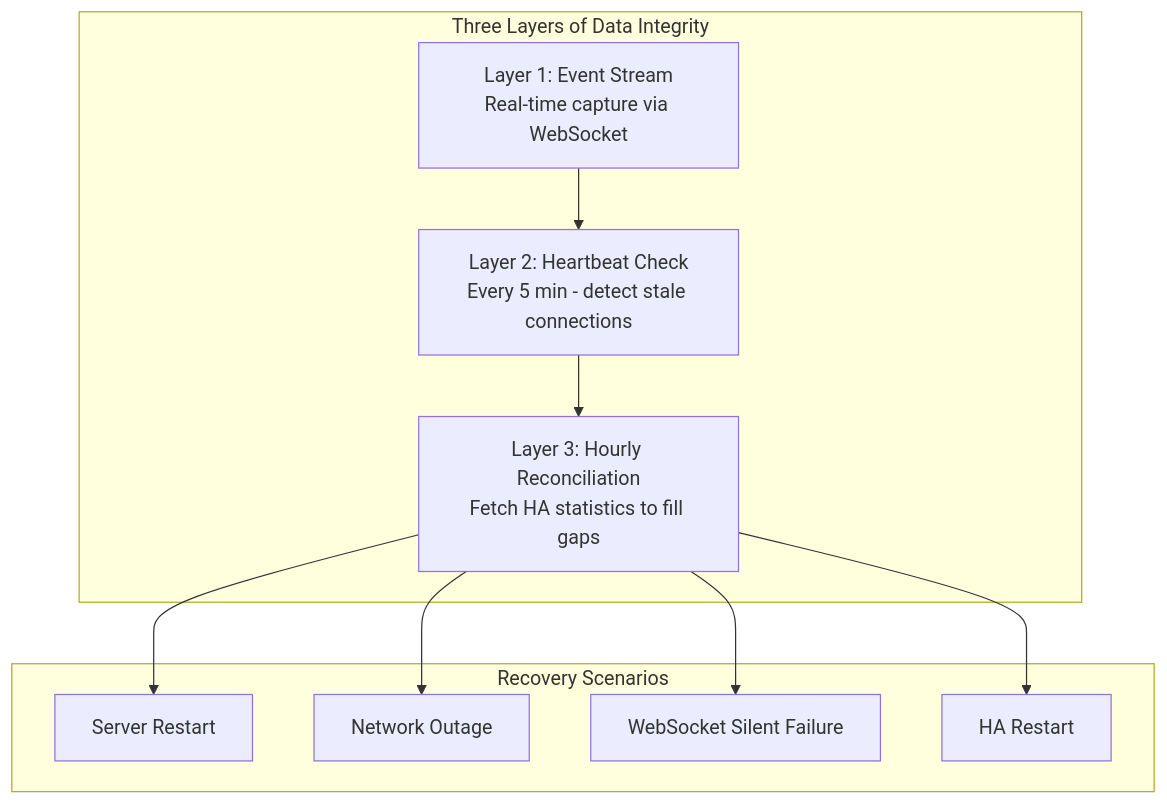
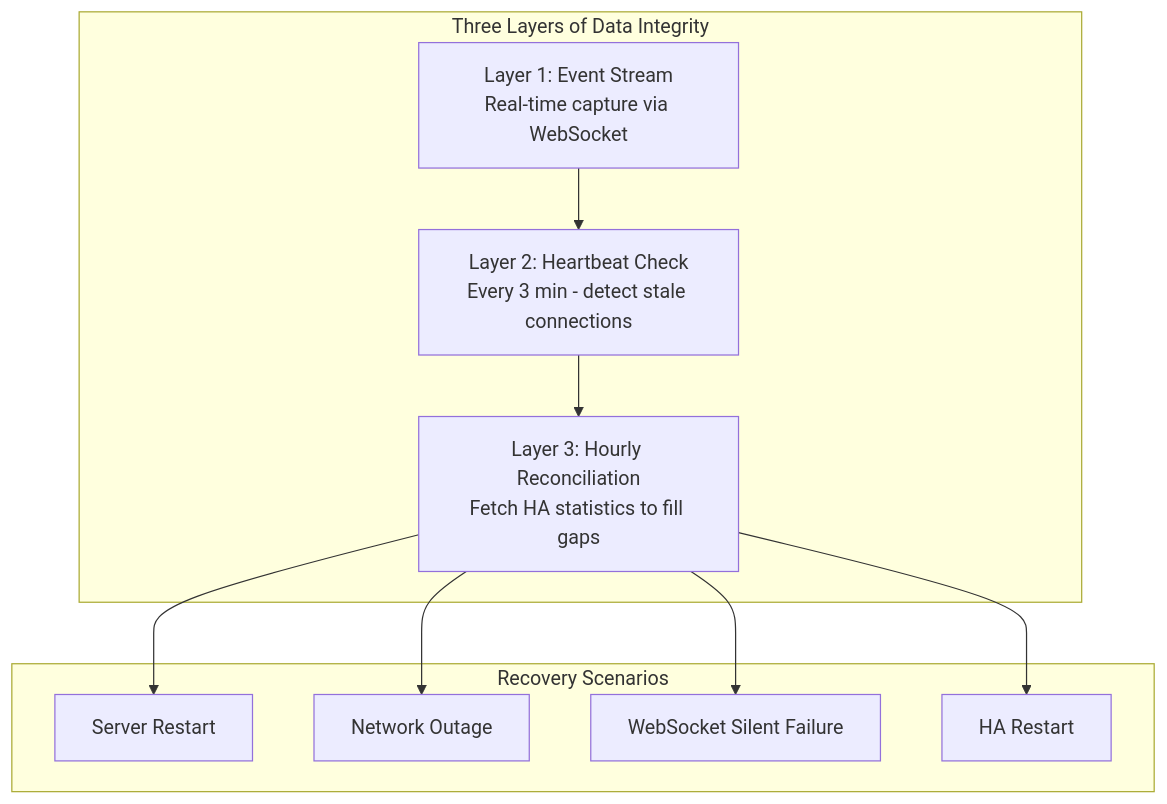
The third of 4 diagrams in specs/energy-dashboard-spec.md (teknologist/ha-energy-analytics), drawn with Mermaid before and after one commit. The commit also changed other lines of this file and 3 other files, not shown here.

````diff
--- a/specs/energy-dashboard-spec.md
+++ b/specs/energy-dashboard-spec.md
@@ -135,23 +135,23 @@
 ```mermaid
 flowchart TB
     subgraph Layers["Three Layers of Data Integrity"]
         L1["Layer 1: Event Stream<br/>Real-time capture via WebSocket"]
-        L2["Layer 2: Heartbeat Check<br/>Every 5 min - detect stale connections"]
+        L2["Layer 2: Heartbeat Check<br/>Every 3 min - detect stale connections"]
         L3["Layer 3: Hourly Reconciliation<br/>Fetch HA statistics to fill gaps"]
     end
 
     L1 --> L2
     L2 --> L3
 
     subgraph Recovery["Recovery Scenarios"]
         R1["Server Restart"]
         R2["Network Outage"]
         R3["WebSocket Silent Failure"]
         R4["HA Restart"]
     end
 
     L3 --> R1
     L3 --> R2
     L3 --> R3
     L3 --> R4
 ```
````
